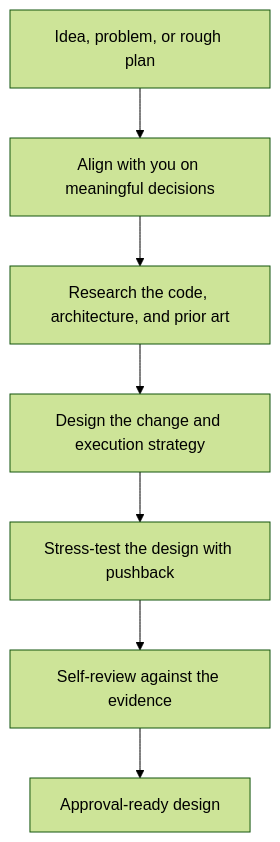
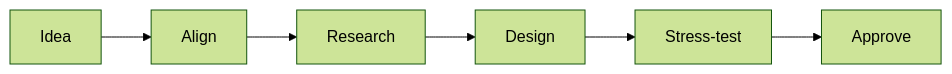
Before and after one commit to vltansky/vs: the second of 4 diagrams in README.md, drawn with Mermaid (forest theme). The commit also changed other lines of this file, not shown here.

````diff
--- a/README.md
+++ b/README.md
@@ -45,9 +22,4 @@
 ```mermaid
-flowchart TD
-    I[Idea, problem, or rough plan] --> A[Align with you on meaningful decisions]
-    A --> R[Research the code, architecture, and prior art]
-    R --> D[Design the change and execution strategy]
-    D --> P[Stress-test the design with pushback]
-    P --> V[Self-review against the evidence]
-    V --> O[Approval-ready design]
+flowchart LR
+    I[Idea] --> A[Align] --> R[Research] --> D[Design] --> P[Stress-test] --> O[Approve]
 ```
````
